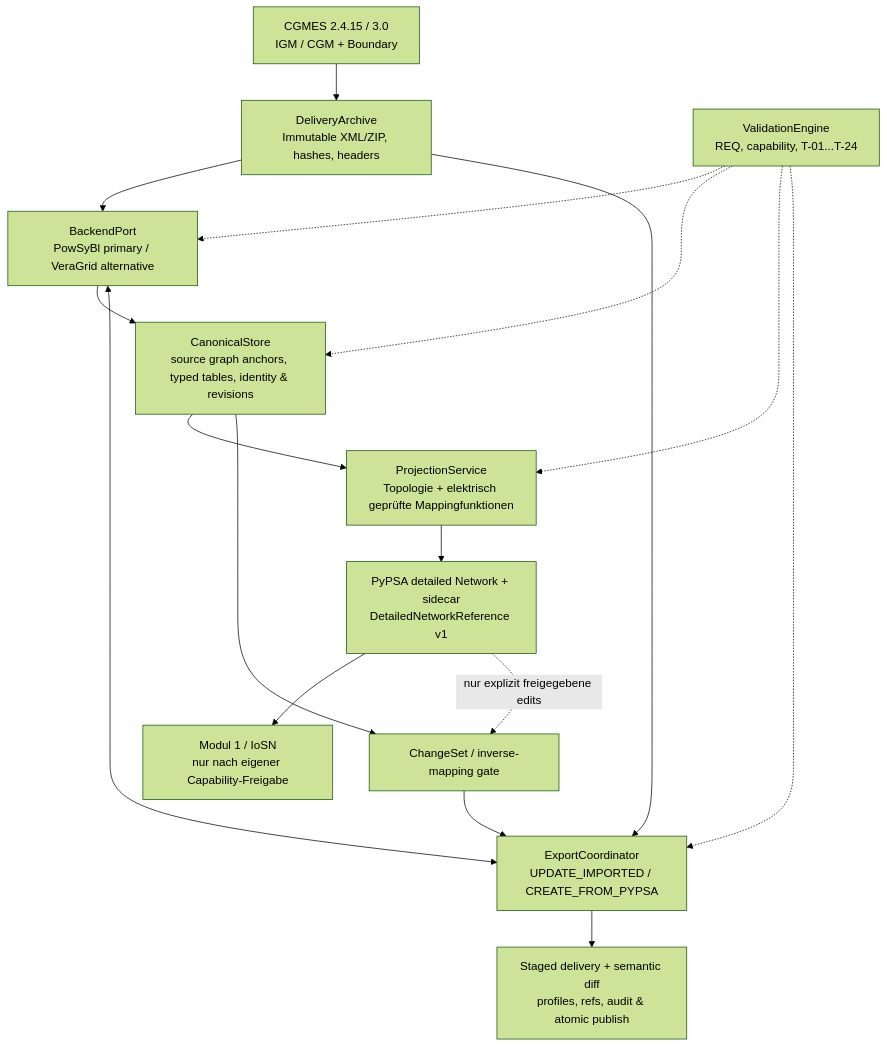
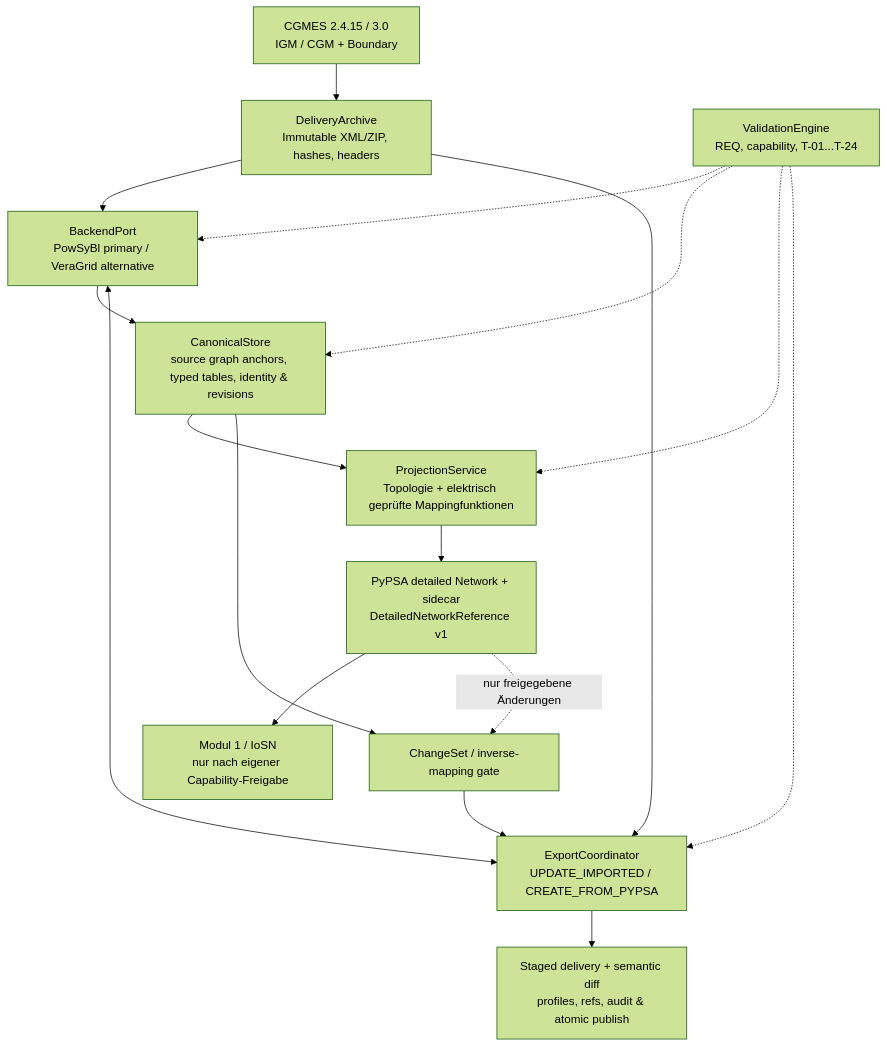
One commit to AlOussama/TYNDP_Products changed the first of 6 diagrams in docs/current/IOSN_Modul0_CGMES/40_SOFTWARE_ARCHITECTURE.md. Above: the diagram before and after it, drawn with Mermaid (forest theme). The commit also changed other lines of this file, not shown here.

Commit message:
docs(m0): normalize architecture Mermaid syntax and remove stray subgraph end

```diff
--- a/docs/current/IOSN_Modul0_CGMES/40_SOFTWARE_ARCHITECTURE.md
+++ b/docs/current/IOSN_Modul0_CGMES/40_SOFTWARE_ARCHITECTURE.md
@@ -17,19 +17,19 @@
 ~~~mermaid
 flowchart TD
  A["CGMES 2.4.15 / 3.0\nIGM / CGM + Boundary"] --> B["DeliveryArchive\nImmutable XML/ZIP, hashes, headers"]
  B --> C["BackendPort\nPowSyBl primary / VeraGrid alternative"]
  C --> D["CanonicalStore\nsource graph anchors, typed tables, identity & revisions"]
  D --> E["ProjectionService\nTopologie + elektrisch geprüfte Mappingfunktionen"]
  E --> F["PyPSA detailed Network + sidecar\nDetailedNetworkReference v1"]
  F --> G["Modul 1 / IoSN\nnur nach eigener Capability-Freigabe"]
  D --> H["ChangeSet / inverse-mapping gate"]
- F -. "nur explizit freigegebene edits" .-> H
+ F -.->|nur freigegebene Änderungen| H
  H --> I["ExportCoordinator\nUPDATE_IMPORTED / CREATE_FROM_PYPSA"]
  B --> I
  C <--> I
  I --> J["Staged delivery + semantic diff\nprofiles, refs, audit & atomic publish"]
  K["ValidationEngine\nREQ, capability, T-01...T-24"] -.-> C
  K -.-> D
  K -.-> E
  K -.-> I
 ~~~
```
